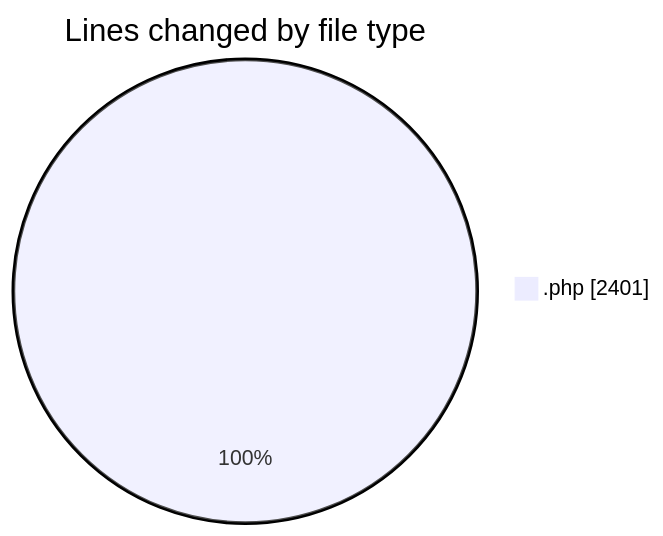
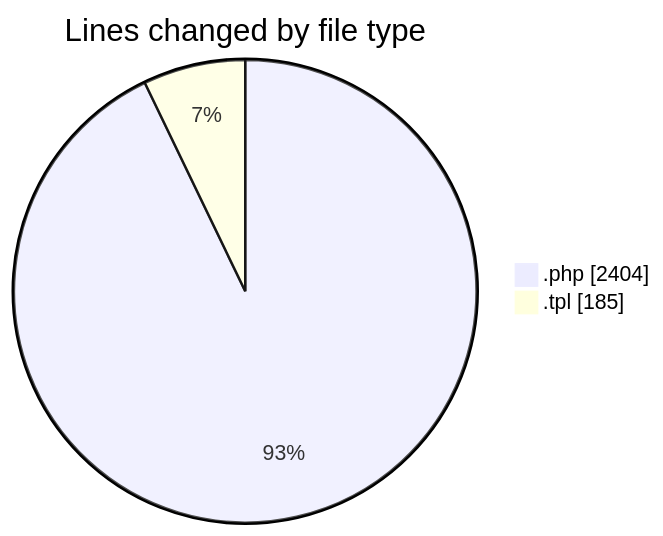
Before and after one commit to vahidmafi/code-tracking: the first of 2 diagrams in 2025-08-26/shop/README.md, drawn with Mermaid. The commit also changed other lines of this file and 1 other file, not shown here.

````diff
--- a/2025-08-26/shop/README.md
+++ b/2025-08-26/shop/README.md
@@ -22,5 +23,6 @@
 ```mermaid
 pie showData
 title Lines changed by file type
-".php" : 2401
+".php" : 2404
+".tpl" : 185
 ```
````
